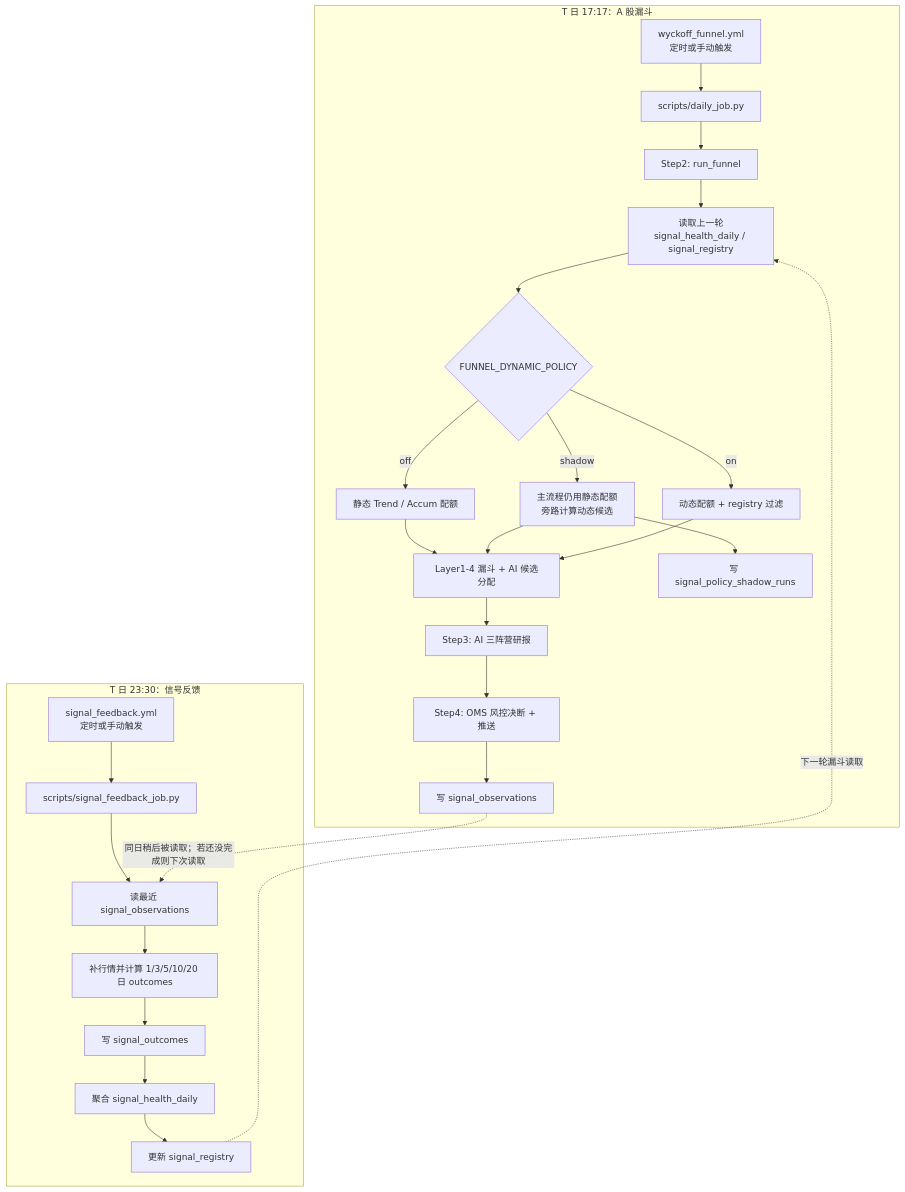
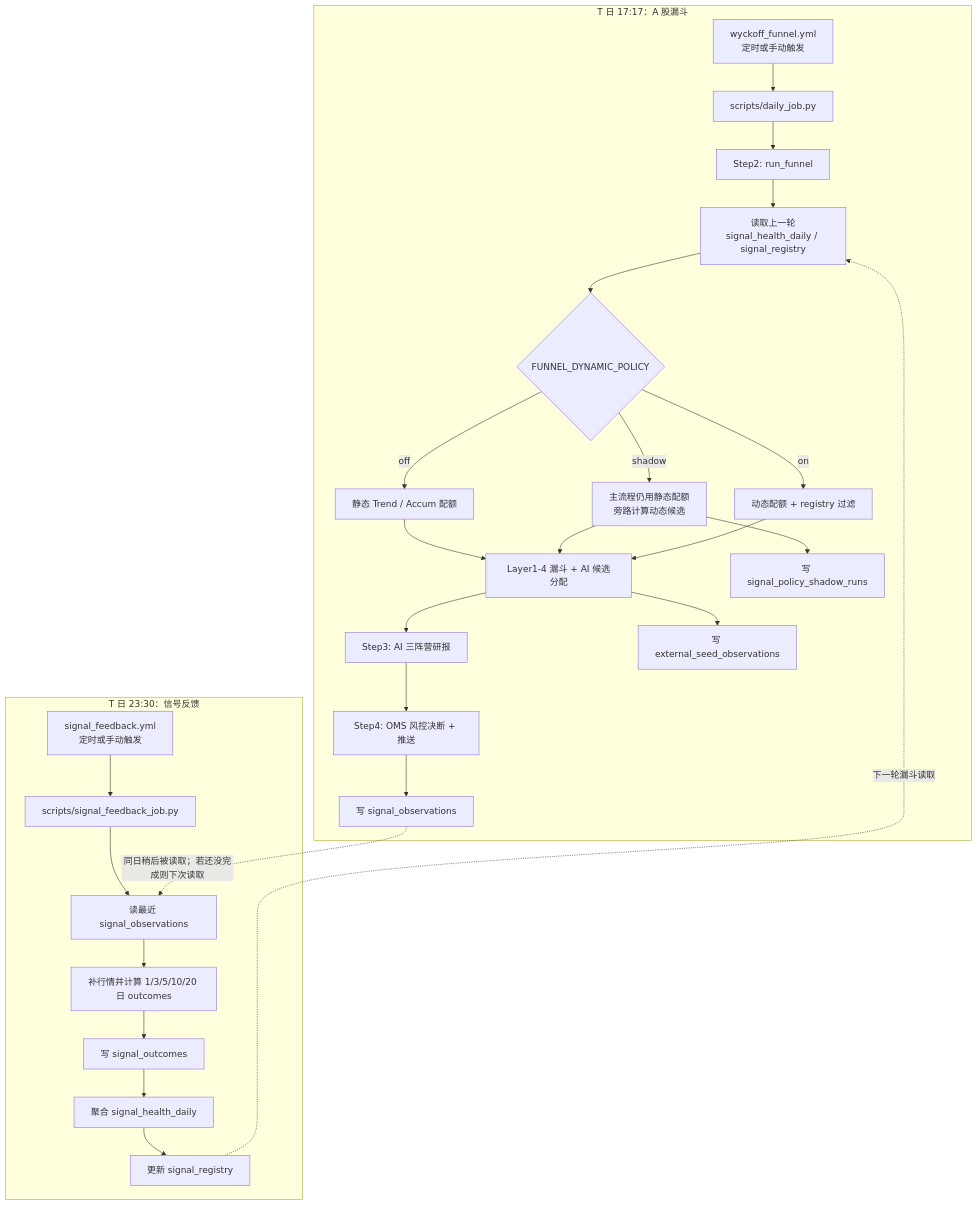
Before and after one commit to niyoh120/Wyckoff-Analysis: the second of 4 diagrams in docs/SIGNAL_FEEDBACK_LOOP.md, drawn with Mermaid. The commit also changed other lines of this file and 8 other files, not shown here.

````diff
--- a/docs/SIGNAL_FEEDBACK_LOOP.md
+++ b/docs/SIGNAL_FEEDBACK_LOOP.md
@@ -22,31 +24,32 @@
 ```mermaid
 flowchart TD
   subgraph F["T 日 17:17：A 股漏斗"]
     A["wyckoff_funnel.yml<br/>定时或手动触发"] --> B["scripts/daily_job.py"]
     B --> C["Step2: run_funnel"]
     C --> D["读取上一轮<br/>signal_health_daily / signal_registry"]
     D --> E{"FUNNEL_DYNAMIC_POLICY"}
     E -- "off" --> F1["静态 Trend / Accum 配额"]
     E -- "shadow" --> F2["主流程仍用静态配额<br/>旁路计算动态候选"]
     E -- "on" --> F3["动态配额 + registry 过滤"]
     F1 --> G["Layer1-4 漏斗 + AI 候选分配"]
     F2 --> G
     F3 --> G
     G --> H["Step3: AI 三阵营研报"]
     H --> I["Step4: OMS 风控决断 + 推送"]
     I --> J["写 signal_observations"]
+    G --> X["写 external_seed_observations"]
     F2 --> K["写 signal_policy_shadow_runs"]
   end
 
   subgraph R["T 日 23:30：信号反馈"]
     L["signal_feedback.yml<br/>定时或手动触发"] --> M["scripts/signal_feedback_job.py"]
     M --> N["读最近 signal_observations"]
     N --> O["补行情并计算 1/3/5/10/20 日 outcomes"]
     O --> P["写 signal_outcomes"]
     P --> Q["聚合 signal_health_daily"]
     Q --> S["更新 signal_registry"]
   end
 
   J -. "同日稍后被读取；若还没完成则下次读取" .-> N
   S -. "下一轮漏斗读取" .-> D
 ```
````
